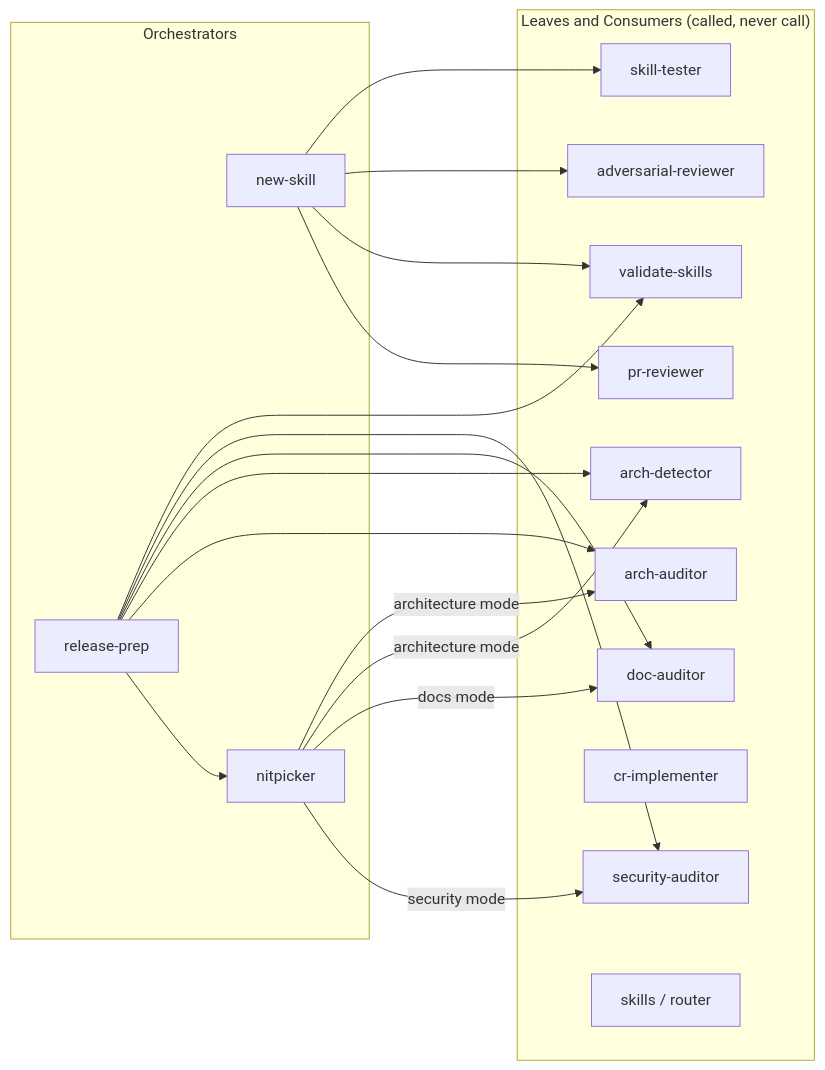
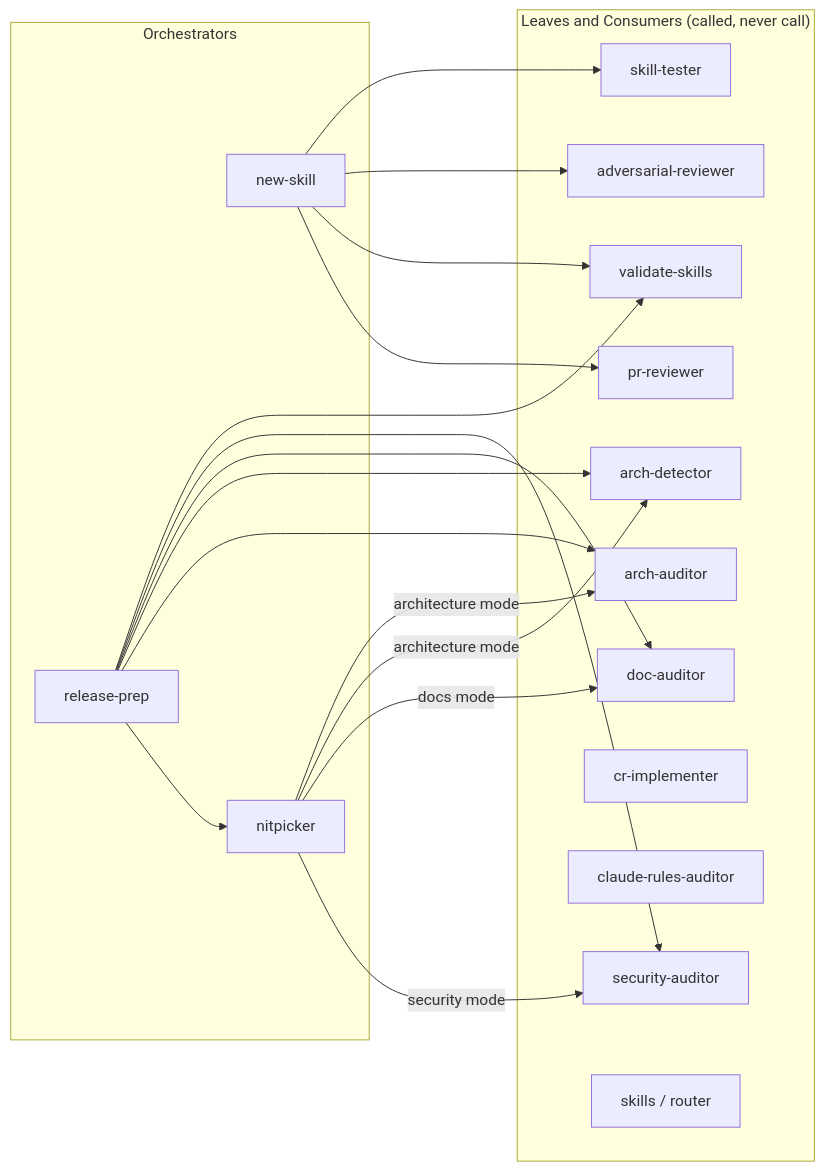
The sixth of 6 diagrams in .claude/skills/README.md (ivuorinen/skills), drawn with Mermaid before and after one commit. The commit also changed other lines of this file and 15 other files, not shown here.

First line of the commit message:
feat: add claude-rules-auditor skill (#17)

````diff
--- a/.claude/skills/README.md
+++ b/.claude/skills/README.md
@@ -243,38 +255,39 @@
 ```mermaid
 graph LR
     subgraph orchestrators["Orchestrators"]
         NS[new-skill]
         RP[release-prep]
         NP[nitpicker]
     end
 
     subgraph leaves["Leaves and Consumers (called, never call)"]
         AR[adversarial-reviewer]
         VS[validate-skills]
         AD[arch-detector]
         AA[arch-auditor]
         DA[doc-auditor]
         PR[pr-reviewer]
         SA[security-auditor]
         CRI[cr-implementer]
+        CRA[claude-rules-auditor]
         ST[skill-tester]
         SK[skills / router]
     end
 
     NS --> ST
     NS --> AR
     NS --> VS
     NS --> PR
 
     RP --> VS
     RP --> SA
     RP --> DA
     RP --> AD
     RP --> AA
     RP --> NP
 
     NP -->|architecture mode| AA
     NP -->|architecture mode| AD
     NP -->|docs mode| DA
     NP -->|security mode| SA
 ```
````
